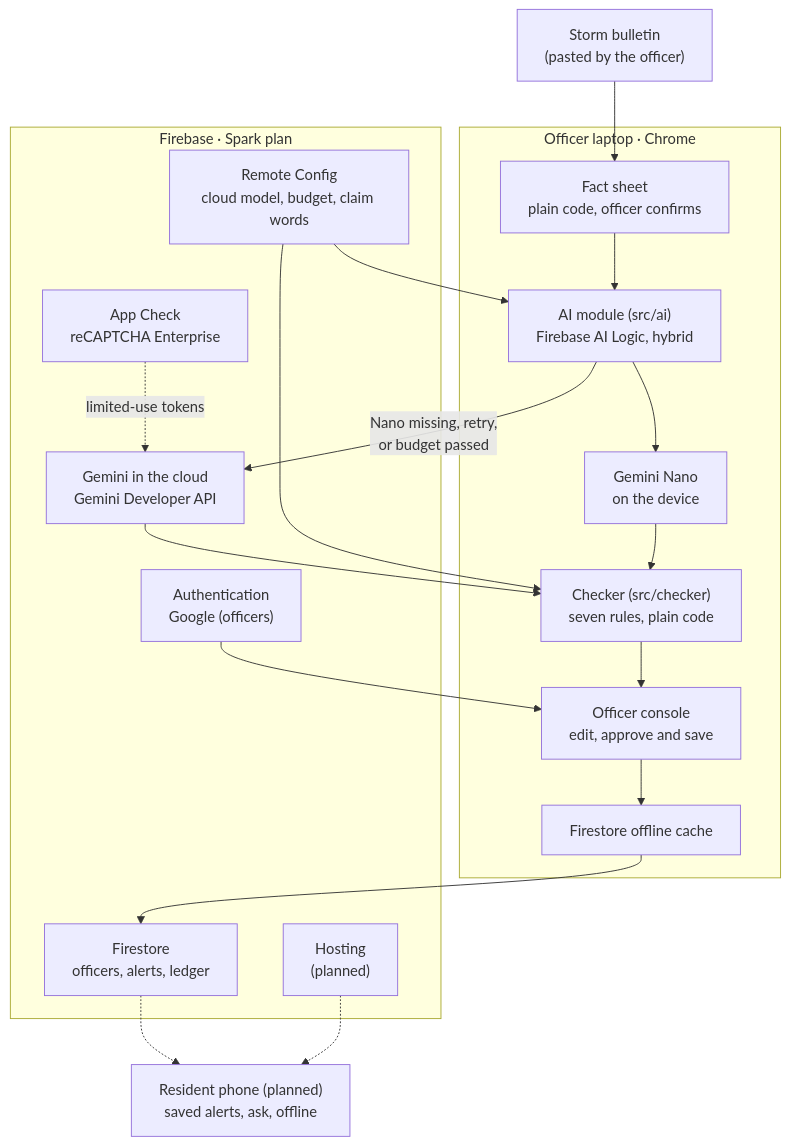
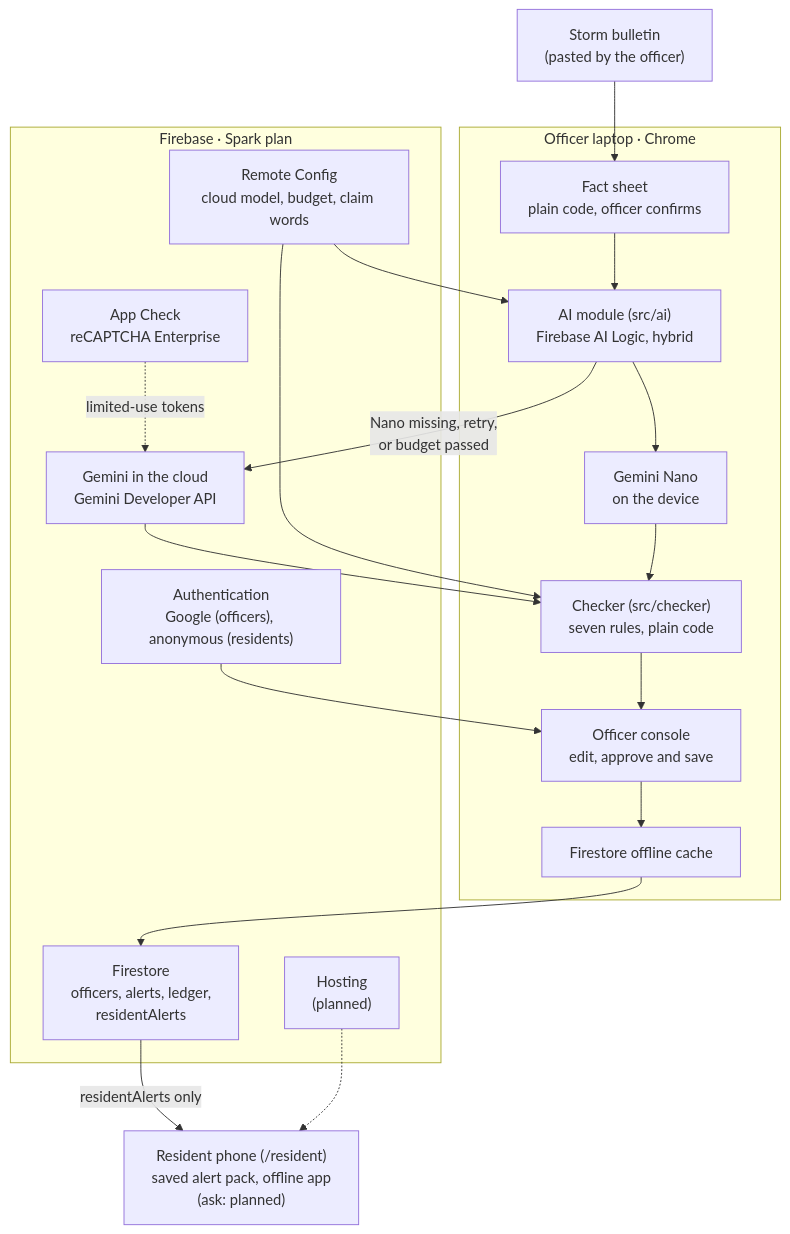
The diagram in docs/architecture.md (pimcabanlit/babala), drawn with Mermaid before and after one commit. The commit also changed other lines of this file and 26 other files, not shown here.

First line of the commit message:
Add the resident view and the offline pack

````diff
--- a/docs/architecture.md
+++ b/docs/architecture.md
@@ -9,40 +9,40 @@
 ```mermaid
 flowchart TB
     bulletin["Storm bulletin<br/>(pasted by the officer)"]
 
     subgraph laptop["Officer laptop · Chrome"]
         facts["Fact sheet<br/>plain code, officer confirms"]
         ai["AI module (src/ai)<br/>Firebase AI Logic, hybrid"]
         nano["Gemini Nano<br/>on the device"]
         checker["Checker (src/checker)<br/>seven rules, plain code"]
         console["Officer console<br/>edit, approve and save"]
         cache["Firestore offline cache"]
     end
 
     subgraph firebase["Firebase · Spark plan"]
         cloud["Gemini in the cloud<br/>Gemini Developer API"]
         appcheck["App Check<br/>reCAPTCHA Enterprise"]
-        auth["Authentication<br/>Google (officers)"]
+        auth["Authentication<br/>Google (officers), anonymous (residents)"]
         rc["Remote Config<br/>cloud model, budget, claim words"]
-        fs["Firestore<br/>officers, alerts, ledger"]
+        fs["Firestore<br/>officers, alerts, ledger,<br/>residentAlerts"]
         hosting["Hosting<br/>(planned)"]
     end
 
-    phone["Resident phone (planned)<br/>saved alerts, ask, offline"]
+    phone["Resident phone (/resident)<br/>saved alert pack, offline app<br/>(ask: planned)"]
 
     bulletin --> facts
     facts --> ai
     ai --> nano
     ai -->|"Nano missing, retry,<br/>or budget passed"| cloud
     appcheck -.->|"limited-use tokens"| cloud
     nano --> checker
     cloud --> checker
     checker --> console
     rc --> ai
     rc --> checker
     auth --> console
     console --> cache
     cache --> fs
-    fs -.-> phone
+    fs -->|"residentAlerts only"| phone
     hosting -.-> phone
 ```
````
